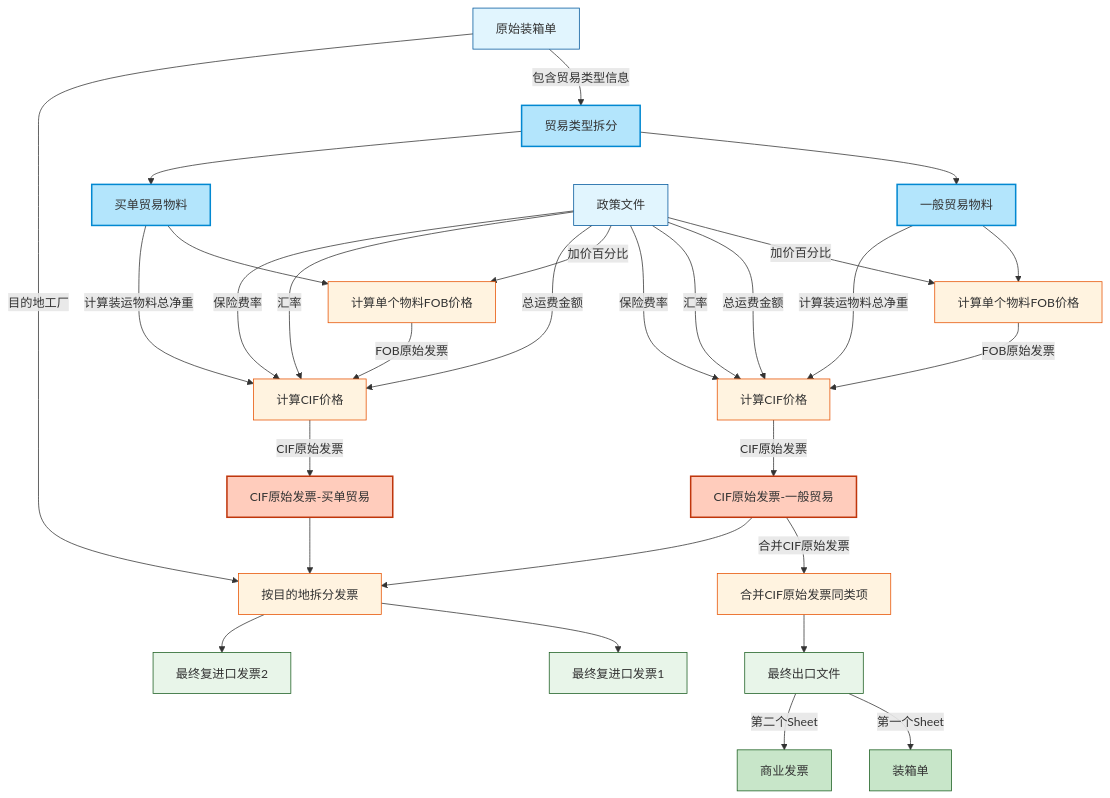
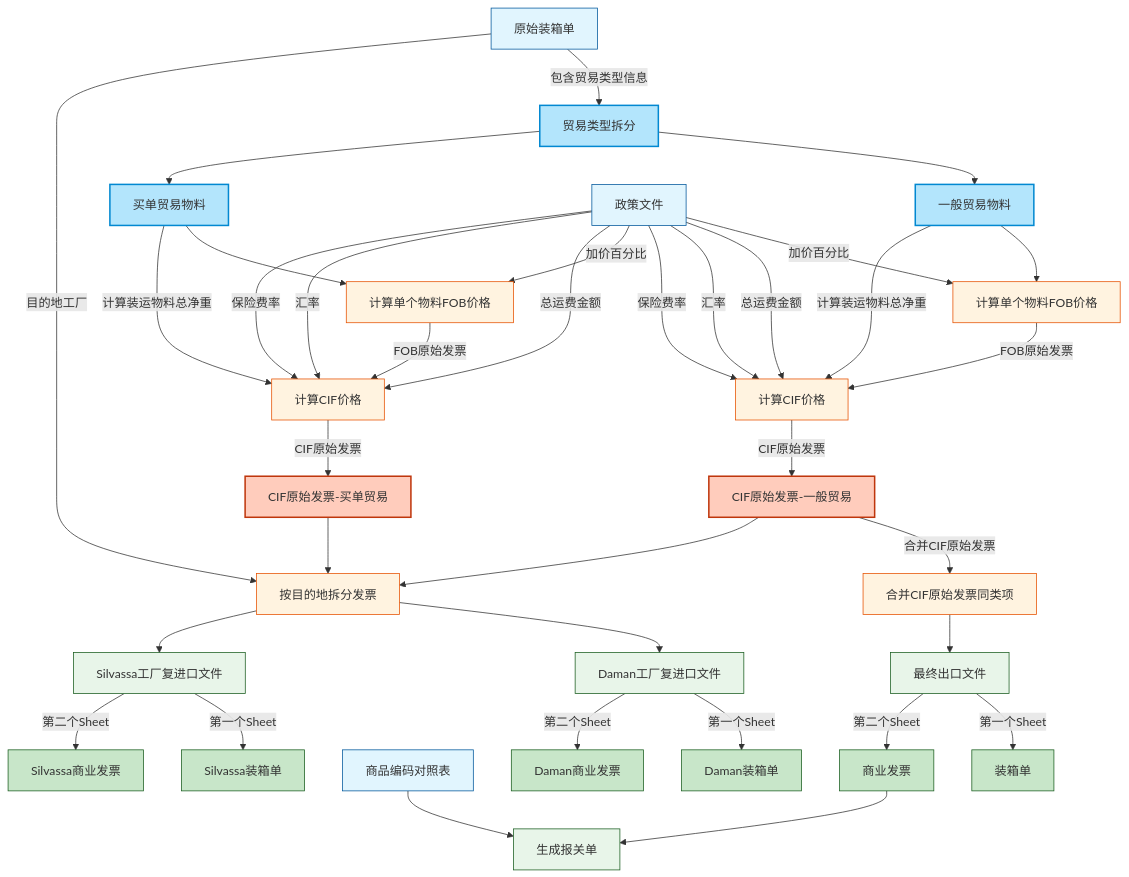
One commit to anlaganlag/export_reimport changed the first of 6 diagrams in WORKFLOW-CN.md. Above: the diagram before and after it, drawn with Mermaid. The commit also changed other lines of this file, not shown here.

Commit message:
更新文档

````diff
--- a/WORKFLOW-CN.md
+++ b/WORKFLOW-CN.md
@@ -27,65 +21,77 @@
 ```mermaid
 graph TD
     %% 输入文件
     OPL[原始装箱单] --> |包含贸易类型信息|SPLIT[贸易类型拆分]
     SPLIT --> GT[一般贸易物料]
     SPLIT --> BT[买单贸易物料]
     
     %% 一般贸易流程
     GT --> CFOB_GT[计算单个物料FOB价格]
     PF[政策文件] --> |加价百分比| CFOB_GT
     
     %% FOB到CIF转换 - 一般贸易
     GT --> |计算装运物料总净重|CCIF_GT[计算CIF价格]
     PF --> |总运费金额|CCIF_GT
     PF --> |汇率|CCIF_GT
     PF --> |保险费率|CCIF_GT
     CFOB_GT --> |FOB原始发票|CCIF_GT
     
     %% 生成CIF原始发票 - 一般贸易
     CCIF_GT --> |CIF原始发票|CIFORG_GT[CIF原始发票-一般贸易]
     
     %% CIF到最终发票处理 - 一般贸易
     CIFORG_GT --> |合并CIF原始发票|MERGE[合并CIF原始发票同类项]
     MERGE --> EXP[最终出口文件]
     
     %% 最终出口文件说明
     EXP --> |第一个Sheet|PL[装箱单]
     EXP --> |第二个Sheet|CI[商业发票]
     
+    %% 商品编码对照表输入和报关单生成
+    HSC[商品编码对照表] --> CD[生成报关单]
+    CI --> CD
+    
     %% 买单贸易流程
     BT --> CFOB_BT[计算单个物料FOB价格]
     PF --> |加价百分比| CFOB_BT
     
     %% FOB到CIF转换 - 买单贸易
     BT --> |计算装运物料总净重|CCIF_BT[计算CIF价格]
     PF --> |总运费金额|CCIF_BT
     PF --> |汇率|CCIF_BT
     PF --> |保险费率|CCIF_BT
     CFOB_BT --> |FOB原始发票|CCIF_BT
     
     %% 生成CIF原始发票 - 买单贸易
     CCIF_BT --> |CIF原始发票|CIFORG_BT[CIF原始发票-买单贸易]
     
     %% 按工厂拆分发票 - 两种贸易类型共用
     CIFORG_GT --> SI[按目的地拆分发票]
     CIFORG_BT --> SI
     OPL --> |目的地工厂|SI
-    SI --> RIMP1[最终复进口发票1]
-    SI --> RIMP2[最终复进口发票2]
+    
+    %% Daman工厂复进口发票
+    SI --> RIMP_D[Daman工厂复进口文件]
+    RIMP_D --> |第一个Sheet|RIMP_DPL[Daman装箱单]
+    RIMP_D --> |第二个Sheet|RIMP_DCI[Daman商业发票]
+    
+    %% Silvassa工厂复进口发票
+    SI --> RIMP_S[Silvassa工厂复进口文件]
+    RIMP_S --> |第一个Sheet|RIMP_SPL[Silvassa装箱单]
+    RIMP_S --> |第二个Sheet|RIMP_SCI[Silvassa商业发票]
 
     %% 样式
     classDef input fill:#e1f5fe,stroke:#01579b
     classDef process fill:#fff3e0,stroke:#e65100
     classDef output fill:#e8f5e9,stroke:#1b5e20
     classDef highlight fill:#ffccbc,stroke:#bf360c,stroke-width:2px
     classDef suboutput fill:#c8e6c9,stroke:#1b5e20
     classDef split fill:#b3e5fc,stroke:#0288d1,stroke-width:2px
     
-    class OPL,PF input
+    class OPL,PF,HSC input
     class CFOB_GT,CCIF_GT,CFOB_BT,CCIF_BT,SI,MERGE process
     class CIFORG_GT,CIFORG_BT highlight
-    class EXP,RIMP1,RIMP2 output
-    class PL,CI suboutput
+    class EXP,RIMP_D,RIMP_S,CD output
+    class PL,CI,RIMP_DPL,RIMP_DCI,RIMP_SPL,RIMP_SCI suboutput
     class SPLIT,GT,BT split
 ```
````
